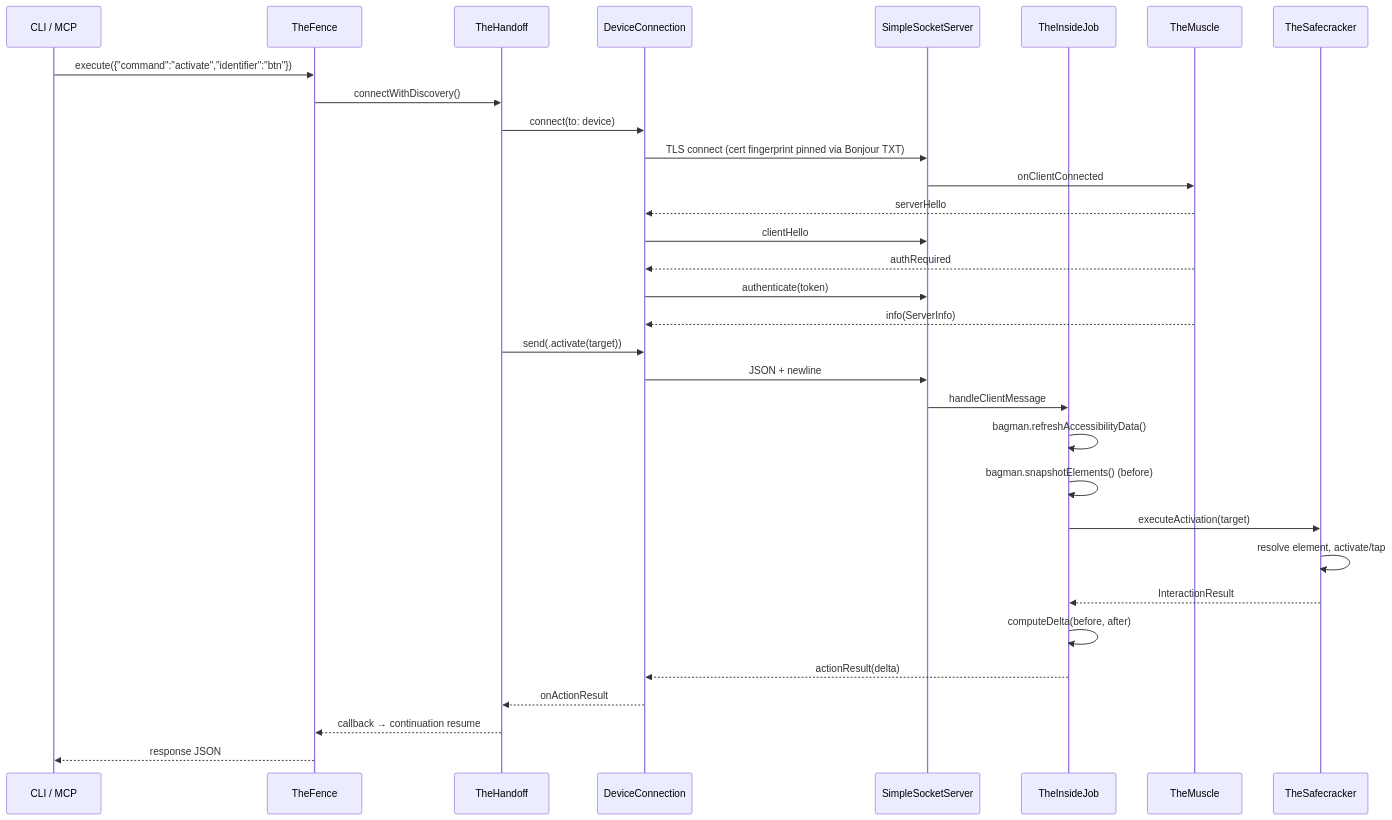
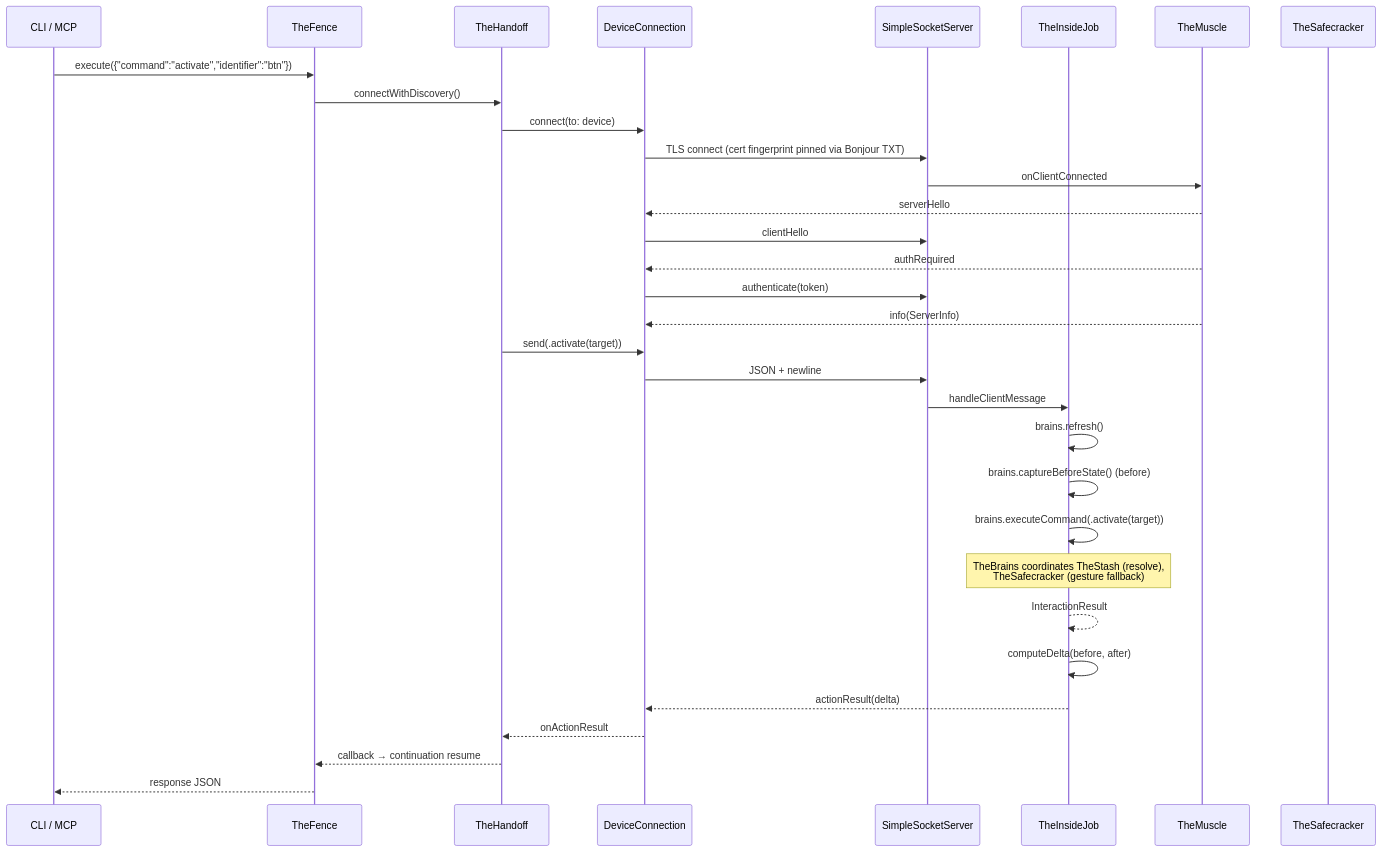
Before and after one commit to RoyalPineapple/TheButtonHeist: the second of 2 diagrams in docs/dossiers/00-OVERVIEW.md, drawn with Mermaid. The commit also changed other lines of this file and 71 other files, not shown here.

First line of the commit message:
Decompose TheBagman → TheStash + TheBurglar + TheBrains (#248)

````diff
--- a/docs/dossiers/00-OVERVIEW.md
+++ b/docs/dossiers/00-OVERVIEW.md
@@ -67,35 +69,35 @@
 ```mermaid
 sequenceDiagram
     participant CLI as CLI / MCP
     participant TF as TheFence
     participant TH as TheHandoff
     participant DC as DeviceConnection
     participant SS as SimpleSocketServer
     participant IJ as TheInsideJob
     participant TM2 as TheMuscle
     participant TS as TheSafecracker
 
     CLI->>TF: execute({"command":"activate","identifier":"btn"})
     TF->>TH: connectWithDiscovery()
     TH->>DC: connect(to: device)
     DC->>SS: TLS connect (cert fingerprint pinned via Bonjour TXT)
     SS->>TM2: onClientConnected
     TM2-->>DC: serverHello
     DC->>SS: clientHello
     TM2-->>DC: authRequired
     DC->>SS: authenticate(token)
     TM2-->>DC: info(ServerInfo)
     TH->>DC: send(.activate(target))
     DC->>SS: JSON + newline
     SS->>IJ: handleClientMessage
-    IJ->>IJ: bagman.refreshAccessibilityData()
-    IJ->>IJ: bagman.snapshotElements() (before)
-    IJ->>TS: executeActivation(target)
-    TS->>TS: resolve element, activate/tap
-    TS-->>IJ: InteractionResult
+    IJ->>IJ: brains.refresh()
+    IJ->>IJ: brains.captureBeforeState() (before)
+    IJ->>IJ: brains.executeCommand(.activate(target))
+    Note over IJ: TheBrains coordinates TheStash (resolve),<br/>TheSafecracker (gesture fallback)
+    IJ-->>IJ: InteractionResult
     IJ->>IJ: computeDelta(before, after)
     IJ-->>DC: actionResult(delta)
     DC-->>TH: onActionResult
     TH-->>TF: callback → continuation resume
     TF-->>CLI: response JSON
 ```
````
